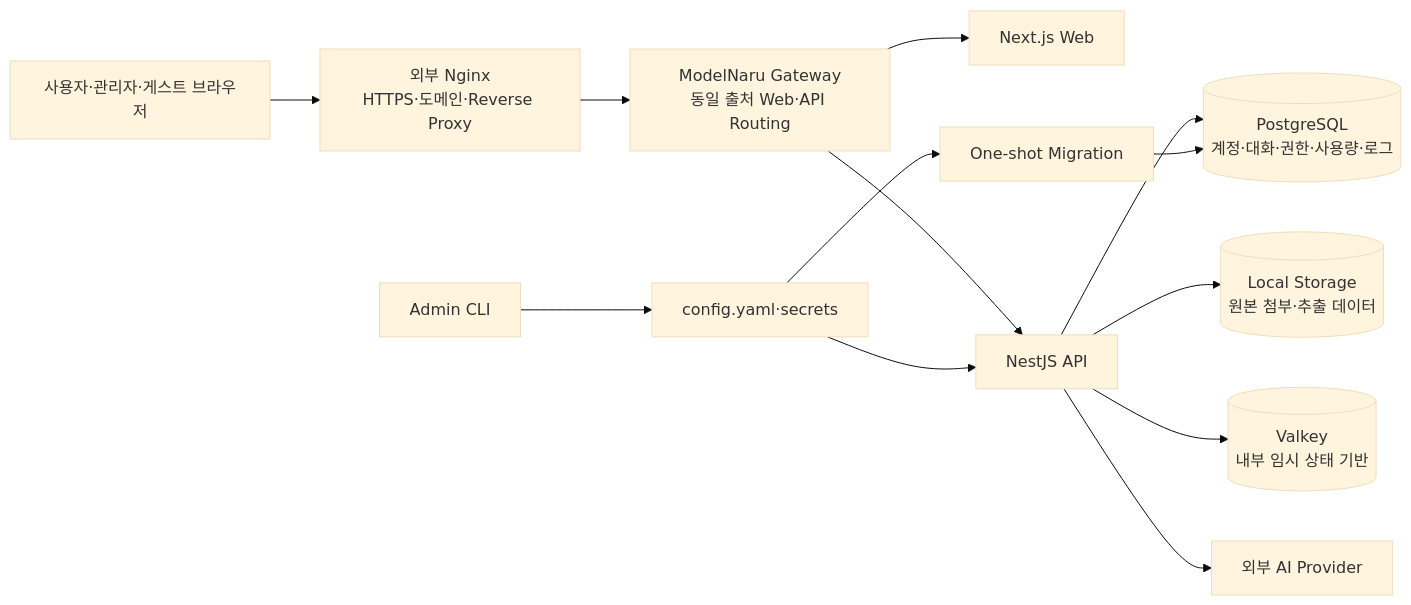
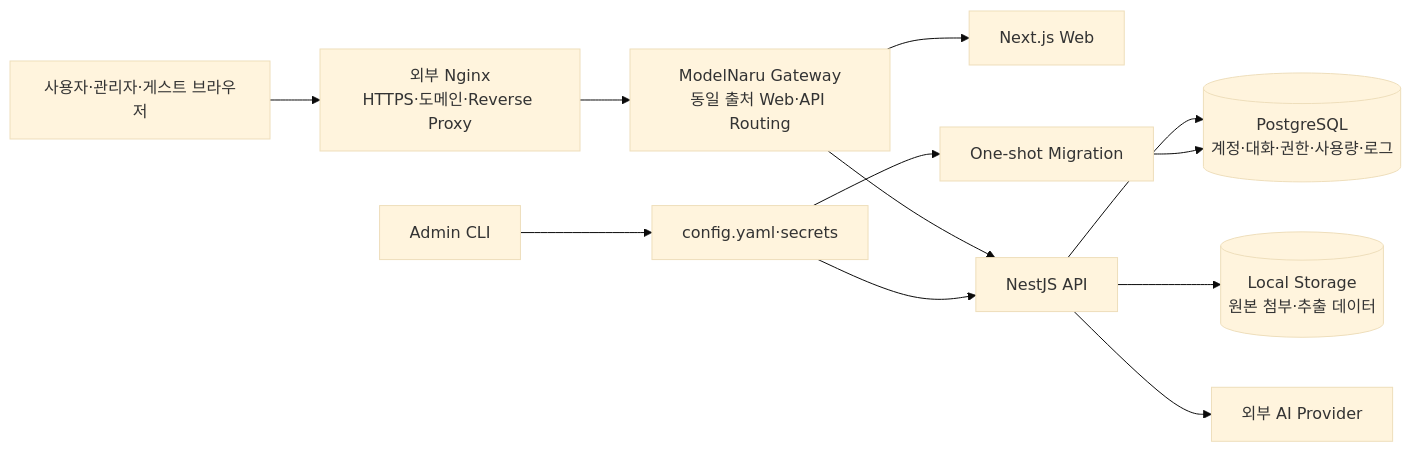
One commit to totjae/modelnaru changed the diagram in README.md. Above: the diagram before and after it, drawn with Mermaid (base theme). The commit also changed other lines of this file and 138 other files, not shown here.

````diff
--- a/README.md
+++ b/README.md
@@ -238,15 +309,14 @@
 ```mermaid
 flowchart LR
     B["사용자·관리자·게스트 브라우저"] --> N["외부 Nginx<br/>HTTPS·도메인·Reverse Proxy"]
     N --> G["ModelNaru Gateway<br/>동일 출처 Web·API Routing"]
     G --> W["Next.js Web"]
     G --> A["NestJS API"]
     A --> P[("PostgreSQL<br/>계정·대화·권한·사용량·로그")]
     A --> F[("Local Storage<br/>원본 첨부·추출 데이터")]
-    A --> V[("Valkey<br/>내부 임시 상태 기반")]
     A --> L["외부 AI Provider"]
     M["One-shot Migration"] --> P
     C["Admin CLI"] --> Y["config.yaml·secrets"]
     Y --> A
     Y --> M
 ```
````
